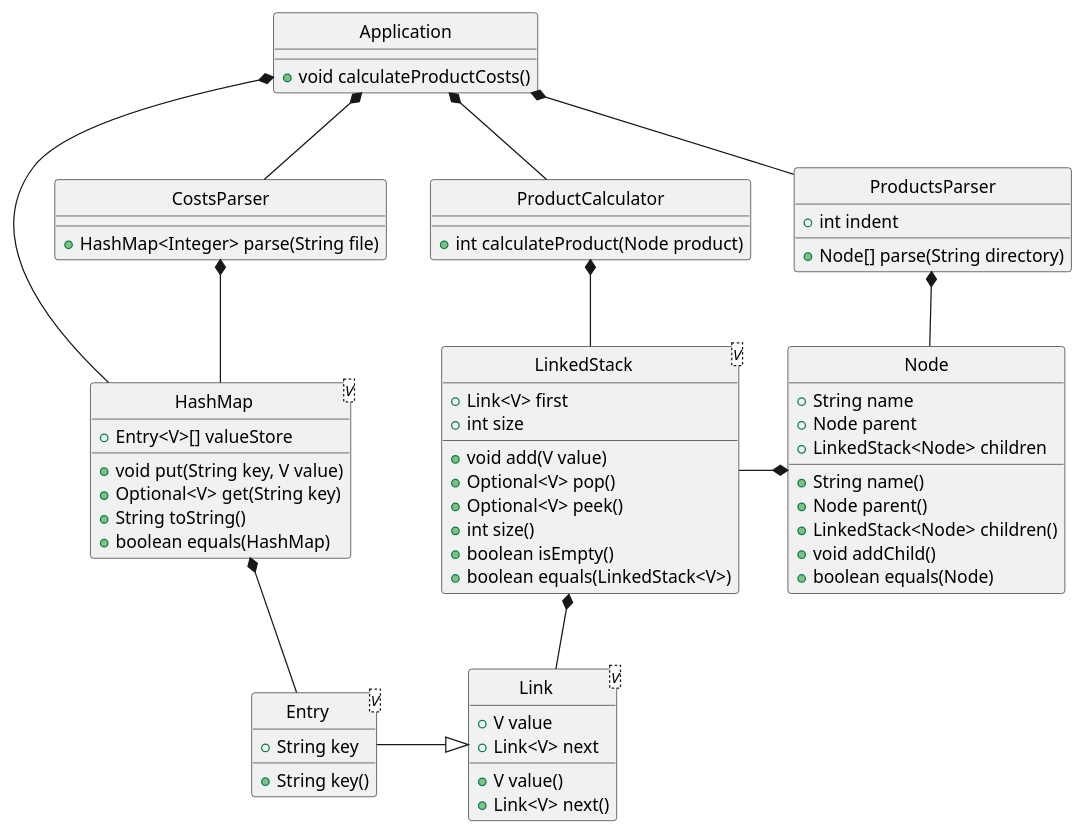
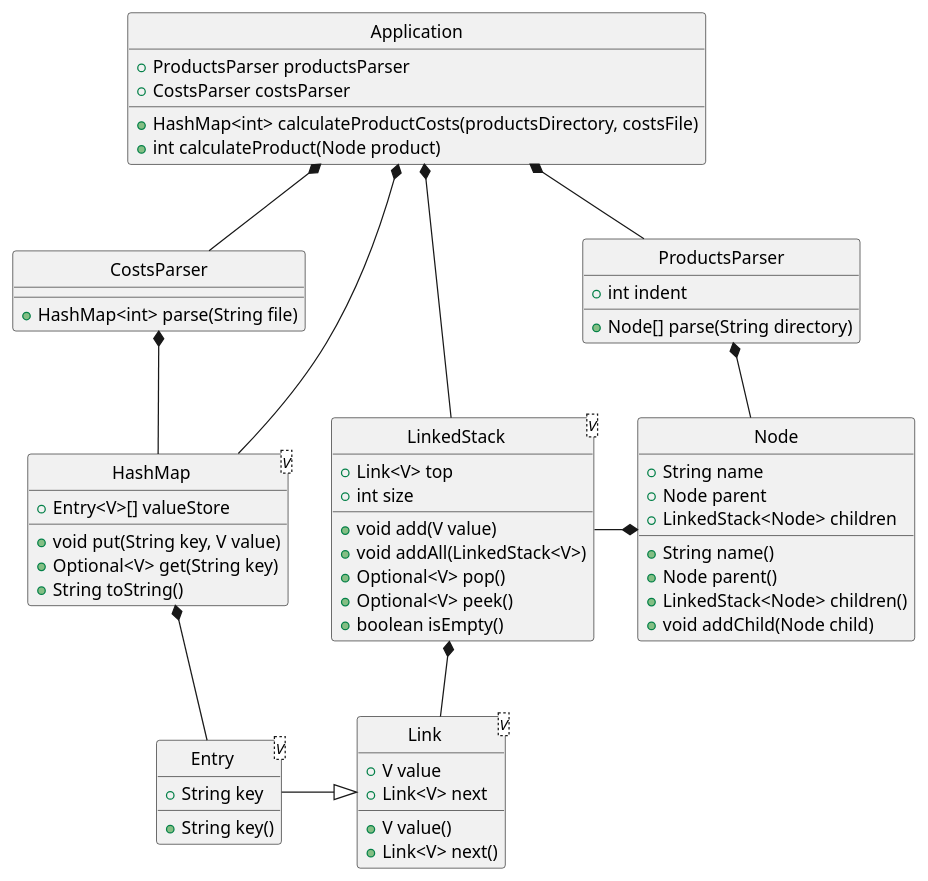
One commit to Jack272Hughes/uni-data-structures-and-algorithms changed the diagram in docs/code/class-diagram.pu. Above: the diagram before and after it, drawn with PlantUML. The commit also changed 2 other files, not shown here.

Commit message:
Update diagrams to reflect changes made during development

```diff
--- a/docs/code/class-diagram.pu
+++ b/docs/code/class-diagram.pu
@@ -1,78 +1,73 @@
 @startuml
 
 class Link<V> {
   +V value
   +Link<V> next
   +V value()
   +Link<V> next()
 }
 
 class HashMap<V> {
   +Entry<V>[] valueStore
   +void put(String key, V value)
   +Optional<V> get(String key)
   +String toString()
-  +boolean equals(HashMap)
 }
 
 class Entry<V> {
   +String key
   +String key()
 }
 
 class LinkedStack<V> {
-  +Link<V> first
+  +Link<V> top
   +int size
   +void add(V value)
+  +void addAll(LinkedStack<V>)
   +Optional<V> pop()
   +Optional<V> peek()
-  +int size()
   +boolean isEmpty()
-  +boolean equals(LinkedStack<V>)
 }
 
 class Node {
   +String name
   +Node parent
   +LinkedStack<Node> children
   +String name()
   +Node parent()
   +LinkedStack<Node> children()
-  +void addChild()
-  +boolean equals(Node)
+  +void addChild(Node child)
 }
 
 class ProductsParser {
   +int indent
   +Node[] parse(String directory)
 }
 
 class CostsParser {
-  +HashMap<Integer> parse(String file)
-}
-
-class ProductCalculator {
-  +int calculateProduct(Node product)
+  +HashMap<int> parse(String file)
 }
 
 class Application {
-  +void calculateProductCosts()
+  +ProductsParser productsParser
+  +CostsParser costsParser
+  +HashMap<int> calculateProductCosts(productsDirectory, costsFile)
+  +int calculateProduct(Node product)
 }
 
 HashMap *-- Entry
 LinkedStack *-- Link
 Link <|-left- Entry
 
 ProductsParser *-- Node
 CostsParser *-- HashMap
-ProductCalculator *-- LinkedStack
+Application *-- LinkedStack
 LinkedStack -right-* Node
 
 Application *-- ProductsParser
-Application *-- ProductCalculator
 Application *-- CostsParser
 Application *-- HashMap
 
 hide circle
 
 @enduml
```
